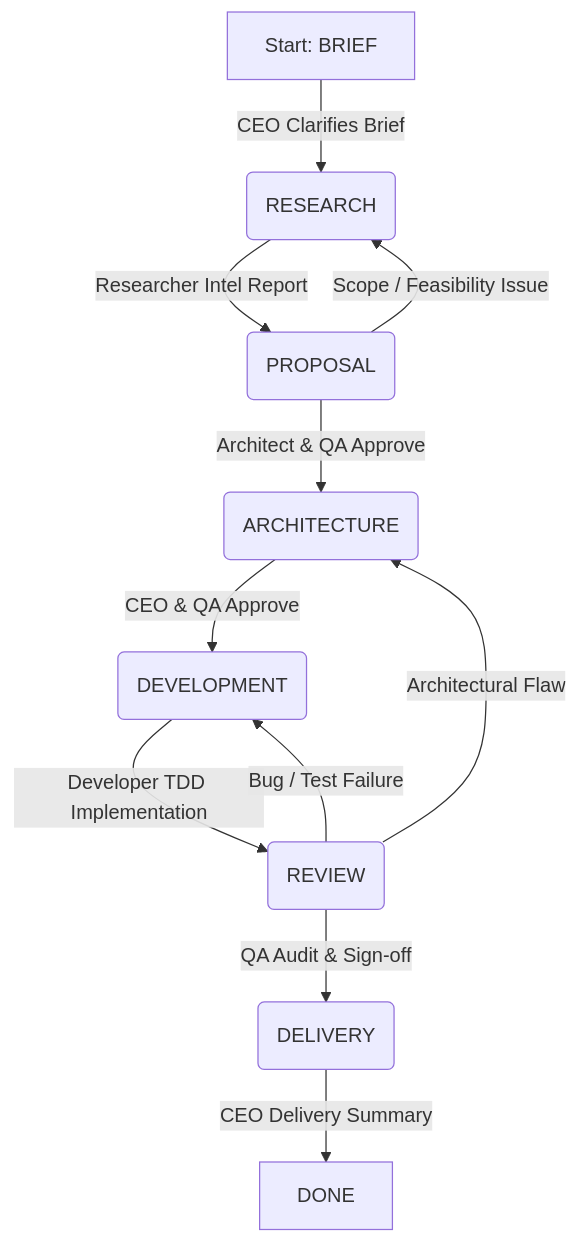
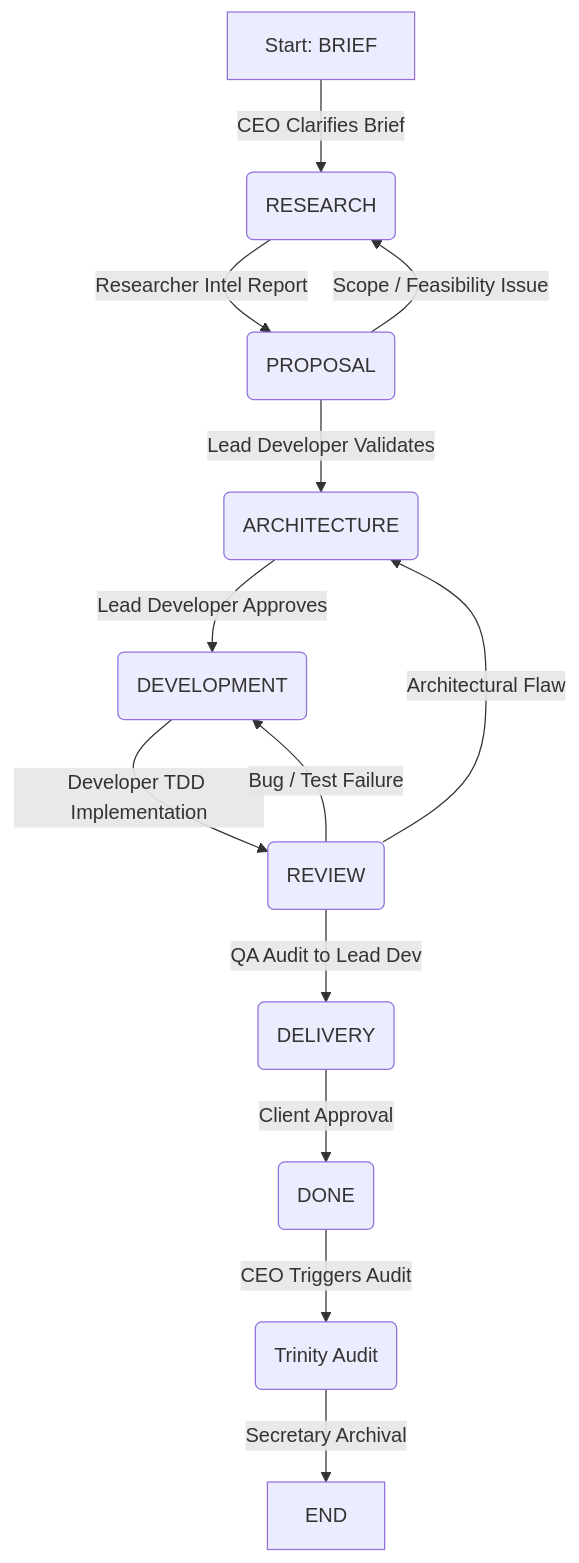
Before and after one commit to Vietnoirien/Devio: the diagram in README.md, drawn with Mermaid. The commit also changed other lines of this file and 13 other files, not shown here.

````diff
--- a/README.md
+++ b/README.md
@@ -22,14 +26,16 @@
 ```mermaid
 graph TD
     A[Start: BRIEF] -->|CEO Clarifies Brief| B(RESEARCH)
     B -->|Researcher Intel Report| C(PROPOSAL)
-    C -->|Architect & QA Approve| D(ARCHITECTURE)
-    D -->|CEO & QA Approve| E(DEVELOPMENT)
+    C -->|Lead Developer Validates| D(ARCHITECTURE)
+    D -->|Lead Developer Approves| E(DEVELOPMENT)
     E -->|Developer TDD Implementation| F(REVIEW)
-    F -->|QA Audit & Sign-off| G(DELIVERY)
-    G -->|CEO Delivery Summary| H[DONE]
+    F -->|QA Audit to Lead Dev| G(DELIVERY)
+    G -->|Client Approval| H(DONE)
+    H -->|CEO Triggers Audit| I(Trinity Audit)
+    I -->|Secretary Archival| J[END]
 
     F -->|Bug / Test Failure| E
     F -->|Architectural Flaw| D
     C -->|Scope / Feasibility Issue| B
 ```
````
